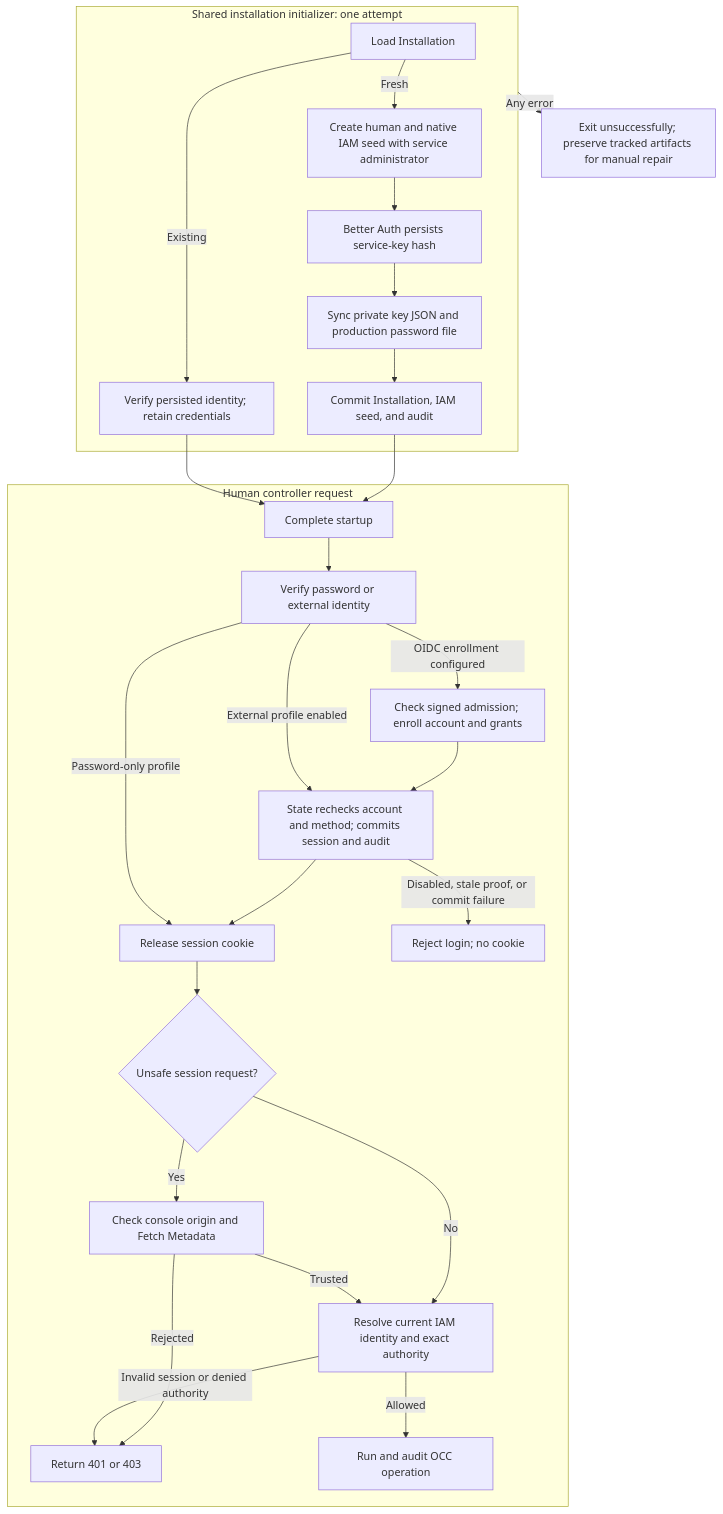
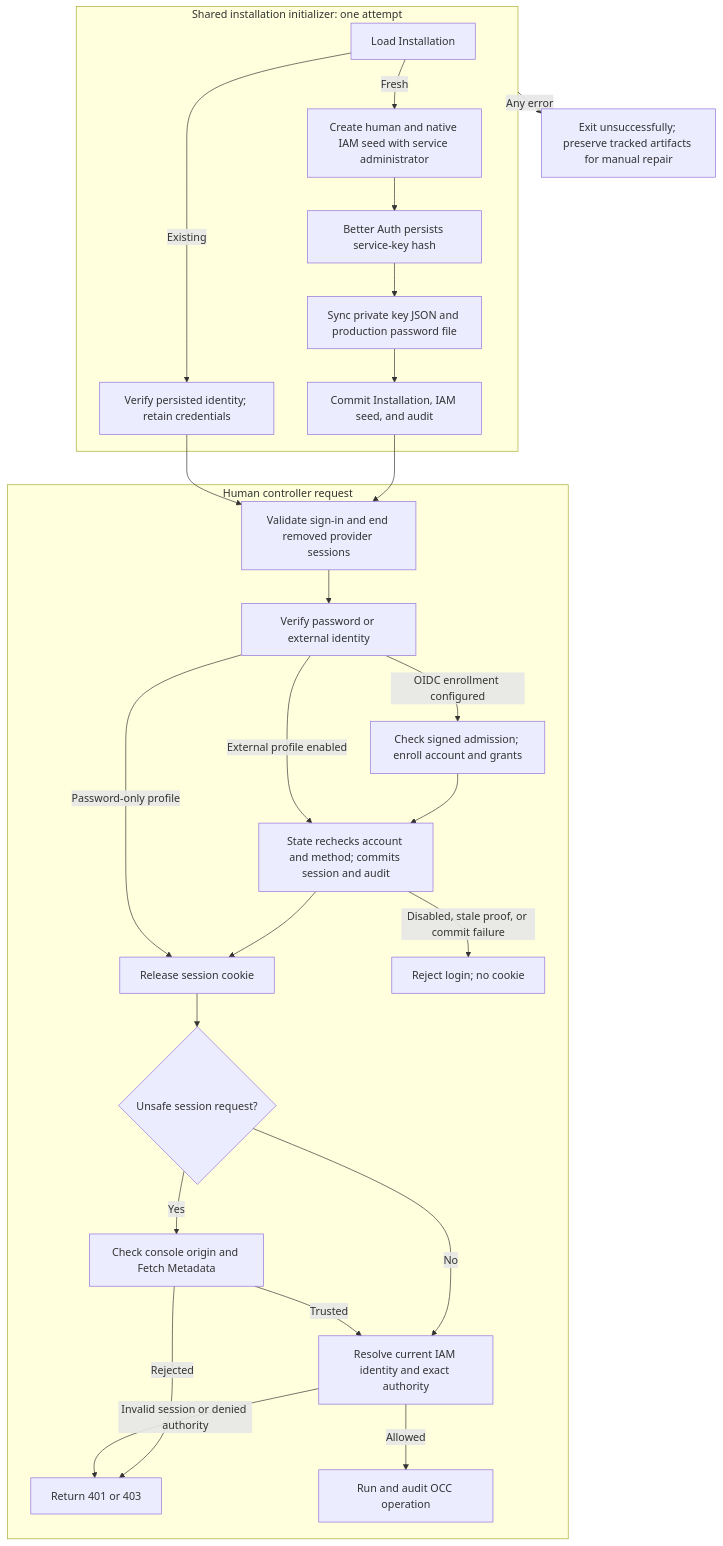
Before and after one commit to openclaw/openclaw-enterprise: the diagram in docs/flows/local-password-authentication.md, drawn with Mermaid. The commit also changed other lines of this file and 61 other files, not shown here.

````diff
--- a/docs/flows/local-password-authentication.md
+++ b/docs/flows/local-password-authentication.md
@@ -32,29 +32,29 @@
 ```mermaid
 graph TD
   subgraph Bootstrap["Shared installation initializer: one attempt"]
     A["Load Installation"] -->|Existing| B["Verify persisted identity; retain credentials"]
     A -->|Fresh| C["Create human and native IAM seed with service administrator"]
     C --> D["Better Auth persists service-key hash"]
     D --> E["Sync private key JSON and production password file"]
     E --> F["Commit Installation, IAM seed, and audit"]
   end
-  F --> G["Complete startup"]
+  F --> G["Validate sign-in and end removed provider sessions"]
   B --> G
   Bootstrap -->|Any error| H["Exit unsuccessfully; preserve tracked artifacts for manual repair"]
   subgraph Request["Human controller request"]
     G --> P["Verify password or external identity"]
     P -->|OIDC enrollment configured| T["Check signed admission; enroll account and grants"]
     T --> Q
     P -->|External profile enabled| Q["State rechecks account and method; commits session and audit"]
     Q --> J["Release session cookie"]
     P -->|Password-only profile| J
     Q -->|Disabled, stale proof, or commit failure| R["Reject login; no cookie"]
     J --> N{"Unsafe session request?"}
     N -->|Yes| O["Check console origin and Fetch Metadata"]
     N -->|No| K["Resolve current IAM identity and exact authority"]
     O -->|Trusted| K
     O -->|Rejected| M
     K -->|Allowed| L["Run and audit OCC operation"]
     K -->|Invalid session or denied authority| M["Return 401 or 403"]
   end
 ```
````
